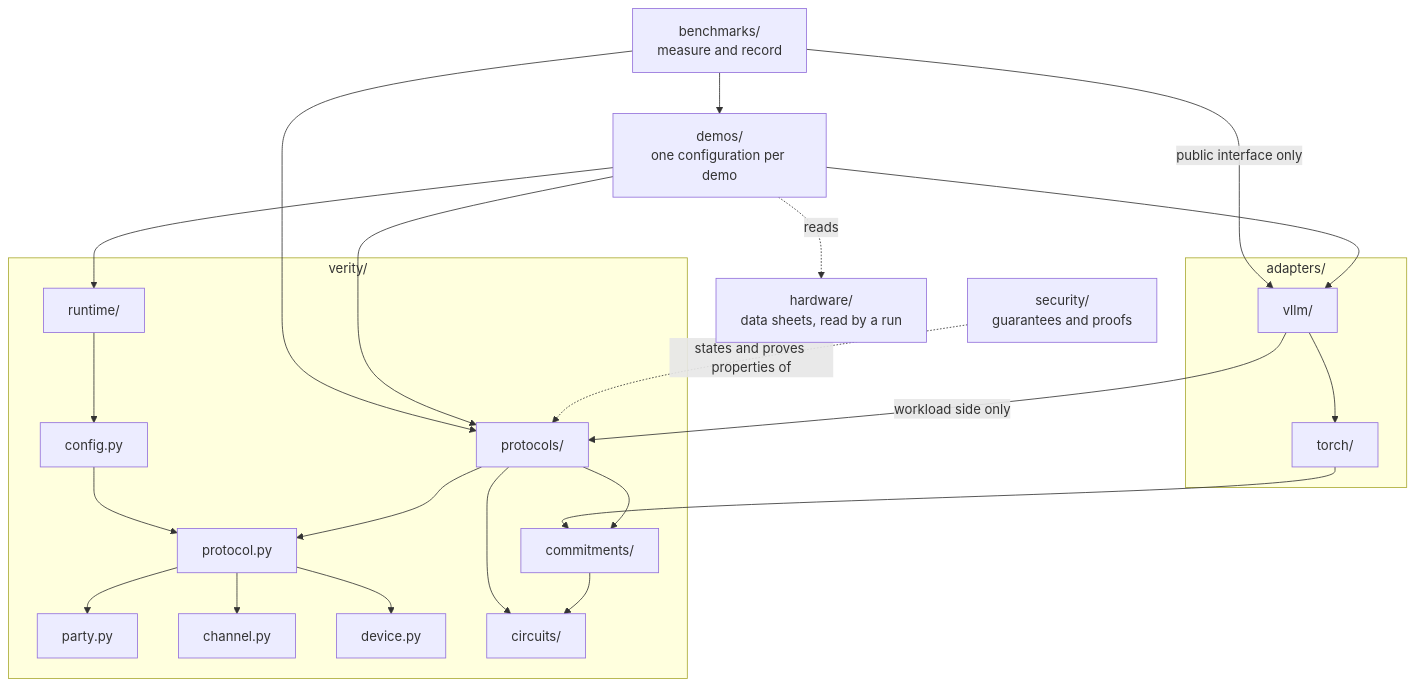
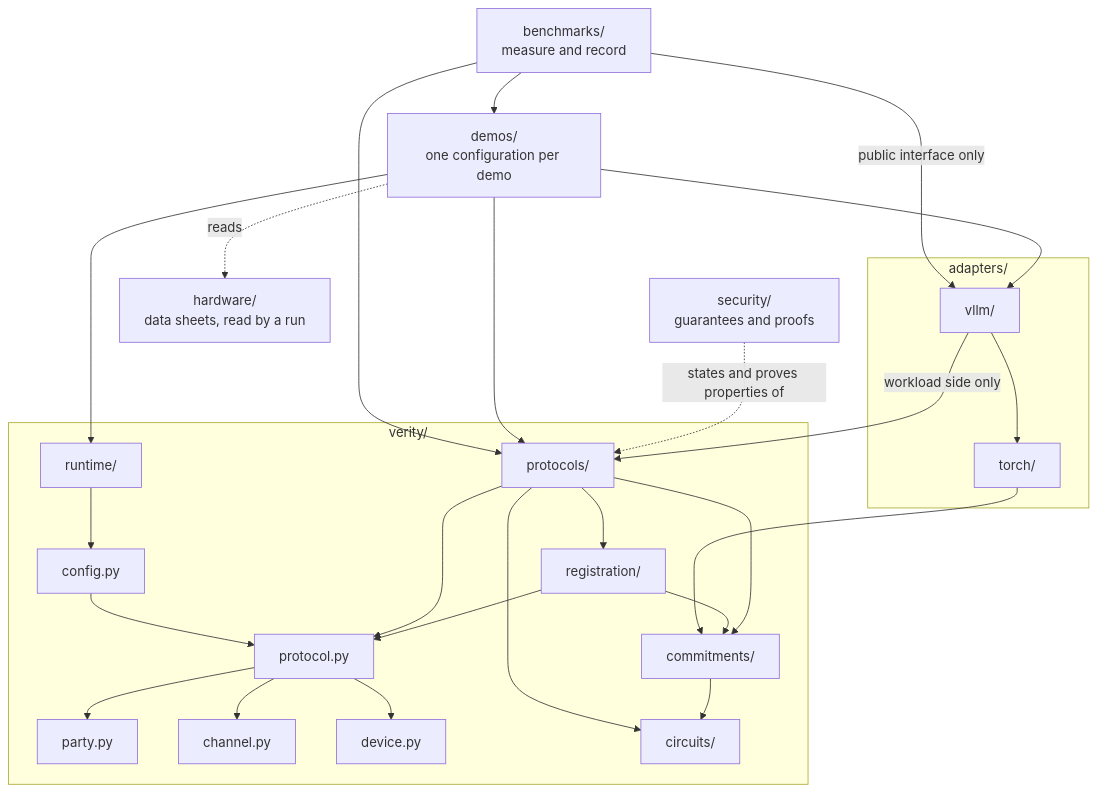
The third of 5 diagrams in inbox/ARCHFILE-page.md (compute-verification/verity), drawn with Mermaid before and after one commit. The commit also changed other lines of this file and 1 other file, not shown here.

Commit message:
inbox: ARCHFILE's export and brief, registration as a part of its own (Daniel, 11:15 PM PST)

````diff
--- a/inbox/ARCHFILE-page.md
+++ b/inbox/ARCHFILE-page.md
@@ -107,42 +108,46 @@
 ```mermaid
 flowchart TD
     bench["benchmarks/<br/>measure and record"]
     demos["demos/<br/>one configuration per demo"]
     hw["hardware/<br/>data sheets, read by a run"]
     subgraph adapters["adapters/"]
         vllm["vllm/"]
         torch["torch/"]
     end
     subgraph verity["verity/"]
         runtime["runtime/"]
         config["config.py"]
         protocol["protocol.py"]
         party["party.py"]
         channel["channel.py"]
         device["device.py"]
         protocols["protocols/"]
+        registration["registration/"]
         commitments["commitments/"]
         circuits["circuits/"]
     end
     security["security/<br/>guarantees and proofs"]
     bench --> demos
     bench --> protocols
     bench -- "public interface only" --> vllm
     demos --> runtime
     demos --> vllm
     demos --> protocols
     demos -. "reads" .-> hw
     vllm --> torch
     vllm -- "workload side only" --> protocols
     torch --> commitments
     runtime --> config
     config --> protocol
     protocol --> party
     protocol --> channel
     protocol --> device
     protocols --> protocol
+    protocols --> registration
+    registration --> protocol
+    registration --> commitments
     protocols --> commitments
     protocols --> circuits
     commitments --> circuits
     security -. "states and proves properties of" .-> protocols
 ```
````
